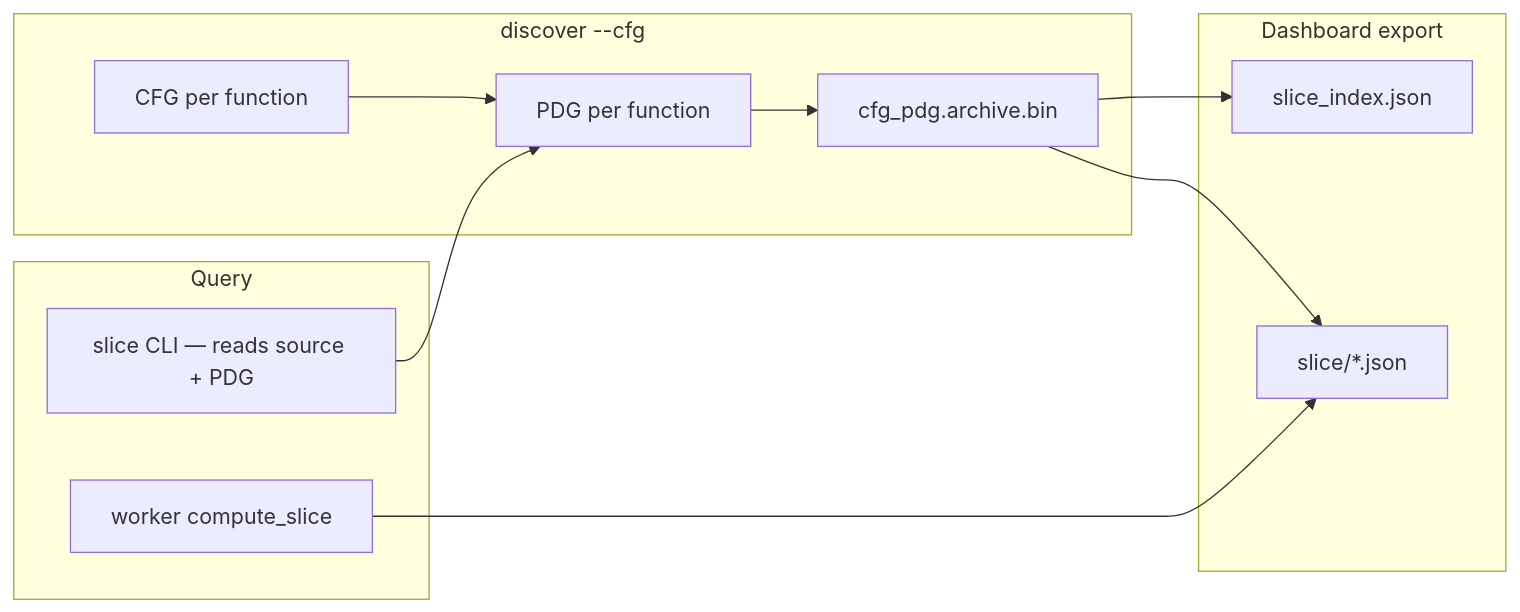
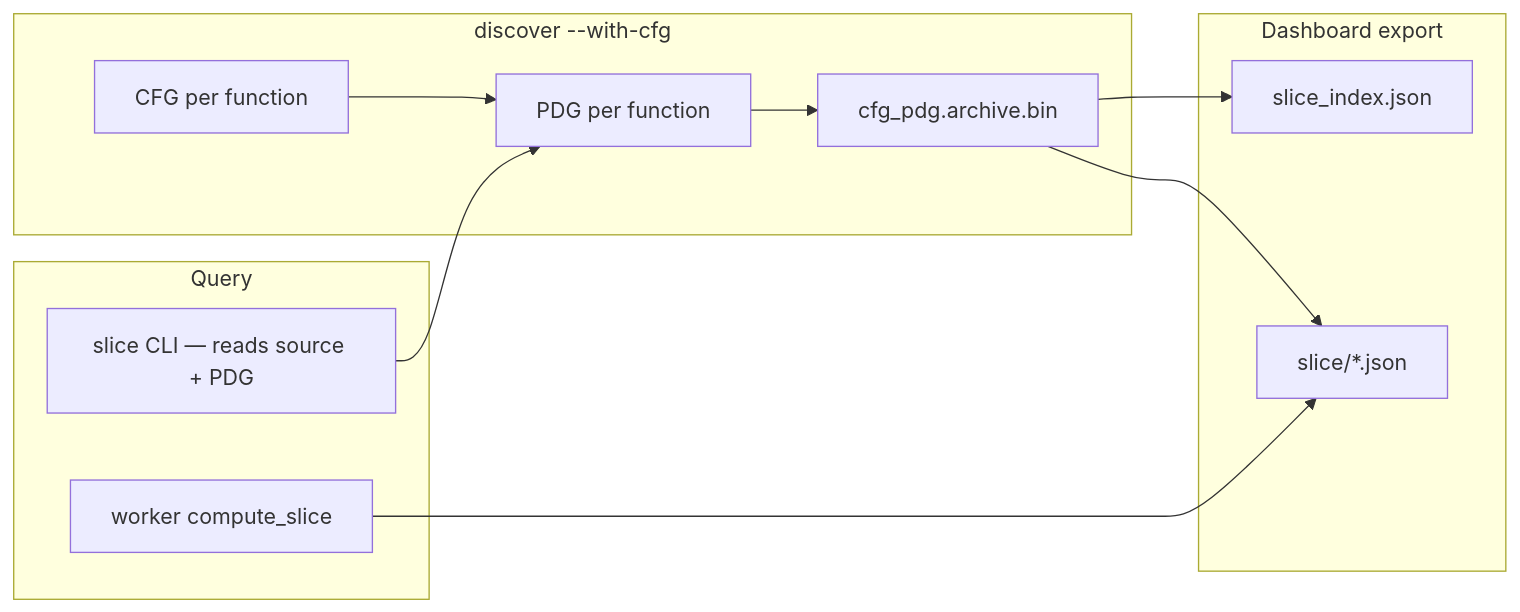
One commit to l3acon/rgctl changed the diagram in docs/design/program-slicing-design.md. Above: the diagram before and after it, drawn with Mermaid. The commit also changed 24 other files, not shown here.

````diff
--- a/docs/design/program-slicing-design.md
+++ b/docs/design/program-slicing-design.md
@@ -26,23 +26,23 @@
 ```mermaid
 flowchart LR
-  subgraph discover["discover --cfg"]
+  subgraph discover["discover --with-cfg"]
     CFG[CFG per function]
     PDG[PDG per function]
     ARC[cfg_pdg.archive.bin]
     CFG --> PDG --> ARC
   end
 
   subgraph export["Dashboard export"]
     SI[slice_index.json]
     SB[slice/*.json]
     ARC --> SI
     ARC --> SB
   end
 
   subgraph runtime["Query"]
     CLI[slice CLI — reads source + PDG]
     WASM[worker compute_slice]
     CLI --> PDG
     WASM --> SB
   end
 ```
````
